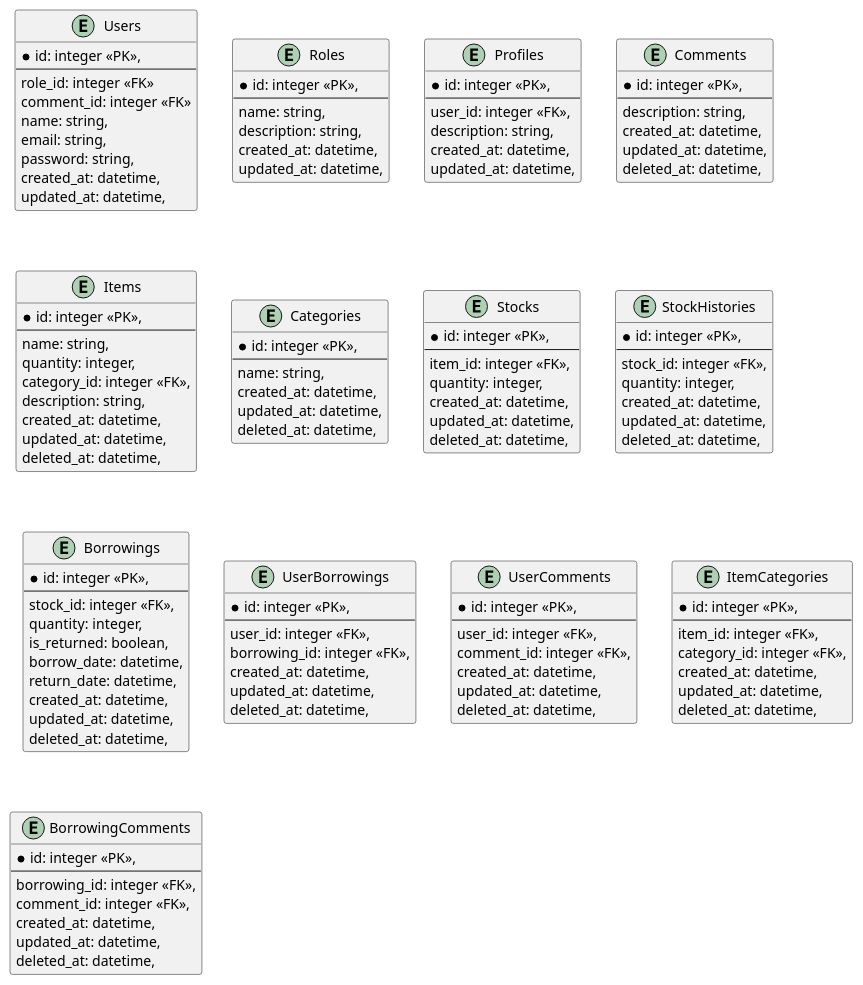
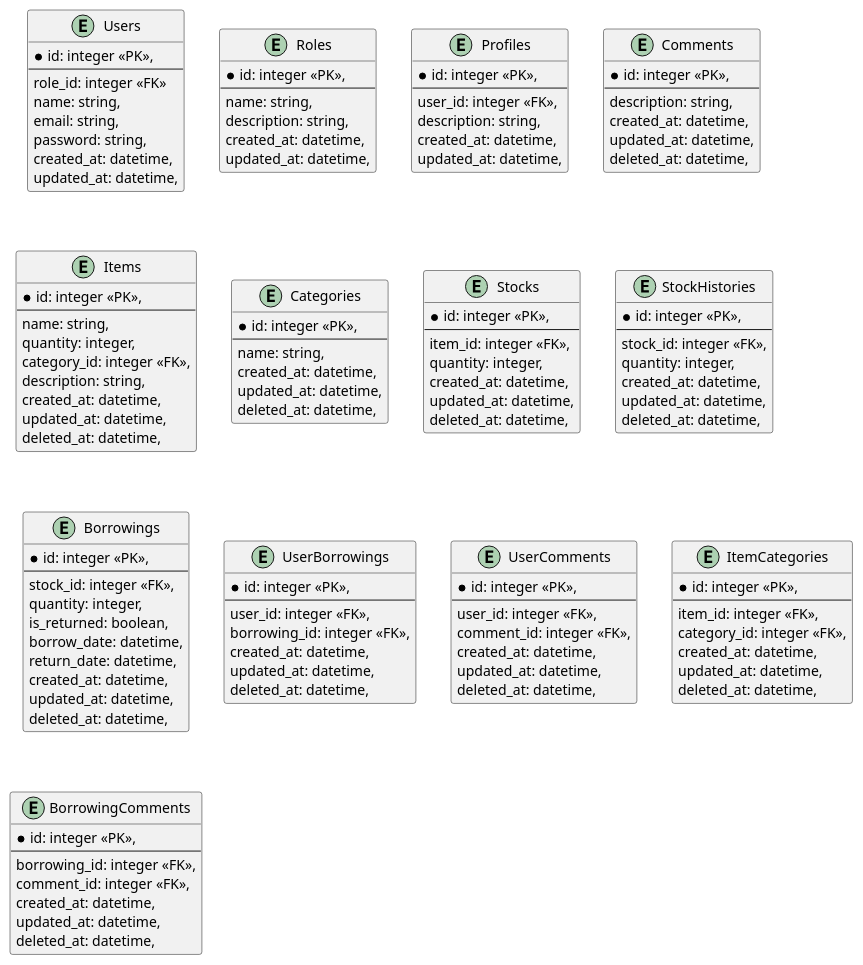
The diagram in blue-print/er-diagrams/tables.pu (Masaya-j9/stock-app-backend), drawn with PlantUML before and after one commit. The commit also changed 1 other file, not shown here.

Commit message:
delete comment_id about users

```diff
--- a/blue-print/er-diagrams/tables.pu
+++ b/blue-print/er-diagrams/tables.pu
@@ -1,145 +1,144 @@
 @startuml stock_app
 
 '  ユーザー関連
 entity "Users" as users {
   *id: integer <<PK>>,
   --
   role_id: integer <<FK>>
-  comment_id: integer <<FK>>
   name: string,
   email: string,
   password: string,
   created_at: datetime,
   updated_at: datetime,
 }
 
 ' 一般ユーザーか管理者かを分ける
 entity "Roles" as roles {
   *id: integer <<PK>>,
   --
   name: string,
   description: string,
   created_at: datetime,
   updated_at: datetime,
 }
 
 ' マイページ画面で利用
 entity "Profiles" as profiles {
   *id: integer <<PK>>,
   --
   user_id: integer <<FK>>,
   description: string,
   created_at: datetime,
   updated_at: datetime,
 }
 
 ' ユーザーが借りている物にコメントを入れる
 entity "Comments" as comments {
   *id: integer <<PK>>,
   --
   description: string,
   created_at: datetime,
   updated_at: datetime,
   deleted_at: datetime,
 }
 
 ' 商品関連
 ' 商品登録で利用
 entity "Items" as items {
   *id: integer <<PK>>,
   --
   name: string,
   quantity: integer,
   category_id: integer <<FK>>,
   description: string,
   created_at: datetime,
   updated_at: datetime,
   deleted_at: datetime,
 }
 
 entity "Categories" as categories {
   *id: integer <<PK>>,
   --
   name: string,
   created_at: datetime,
   updated_at: datetime,
   deleted_at: datetime,
 }
 
 ' 在庫管理で利用
 entity "Stocks" as stocks {
   *id: integer <<PK>>,
   --
   item_id: integer <<FK>>,
   quantity: integer,
   created_at: datetime,
   updated_at: datetime,
   deleted_at: datetime,
 }
 
 entity "StockHistories" as stock_histories {
   *id: integer <<PK>>,
   --
   stock_id: integer <<FK>>,
   quantity: integer,
   created_at: datetime,
   updated_at: datetime,
   deleted_at: datetime,
 }
 
 ' レンタル関連
 entity "Borrowings" as borrowings {
   *id: integer <<PK>>,
   --
   stock_id: integer <<FK>>,
   quantity: integer,
   is_returned: boolean,
   borrow_date: datetime,
   return_date: datetime,
   created_at: datetime,
   updated_at: datetime,
   deleted_at: datetime,
 }
 
 ' 中間テーブル
 entity "UserBorrowings" as user_borrowings {
   *id: integer <<PK>>,
   --
   user_id: integer <<FK>>,
   borrowing_id: integer <<FK>>,
   created_at: datetime,
   updated_at: datetime,
   deleted_at: datetime,
 }
 
 entity "UserComments" as user_comments {
   *id: integer <<PK>>,
   --
   user_id: integer <<FK>>,
   comment_id: integer <<FK>>,
   created_at: datetime,
   updated_at: datetime,
   deleted_at: datetime,
 }
 
 entity "ItemCategories" as item_categories {
   *id: integer <<PK>>,
   --
   item_id: integer <<FK>>,
   category_id: integer <<FK>>,
   created_at: datetime,
   updated_at: datetime,
   deleted_at: datetime,
 }
 
 entity "BorrowingComments" as borrowing_comments {
   *id: integer <<PK>>,
   --
   borrowing_id: integer <<FK>>,
   comment_id: integer <<FK>>,
   created_at: datetime,
   updated_at: datetime,
   deleted_at: datetime,
 }
 
 @enduml
```
